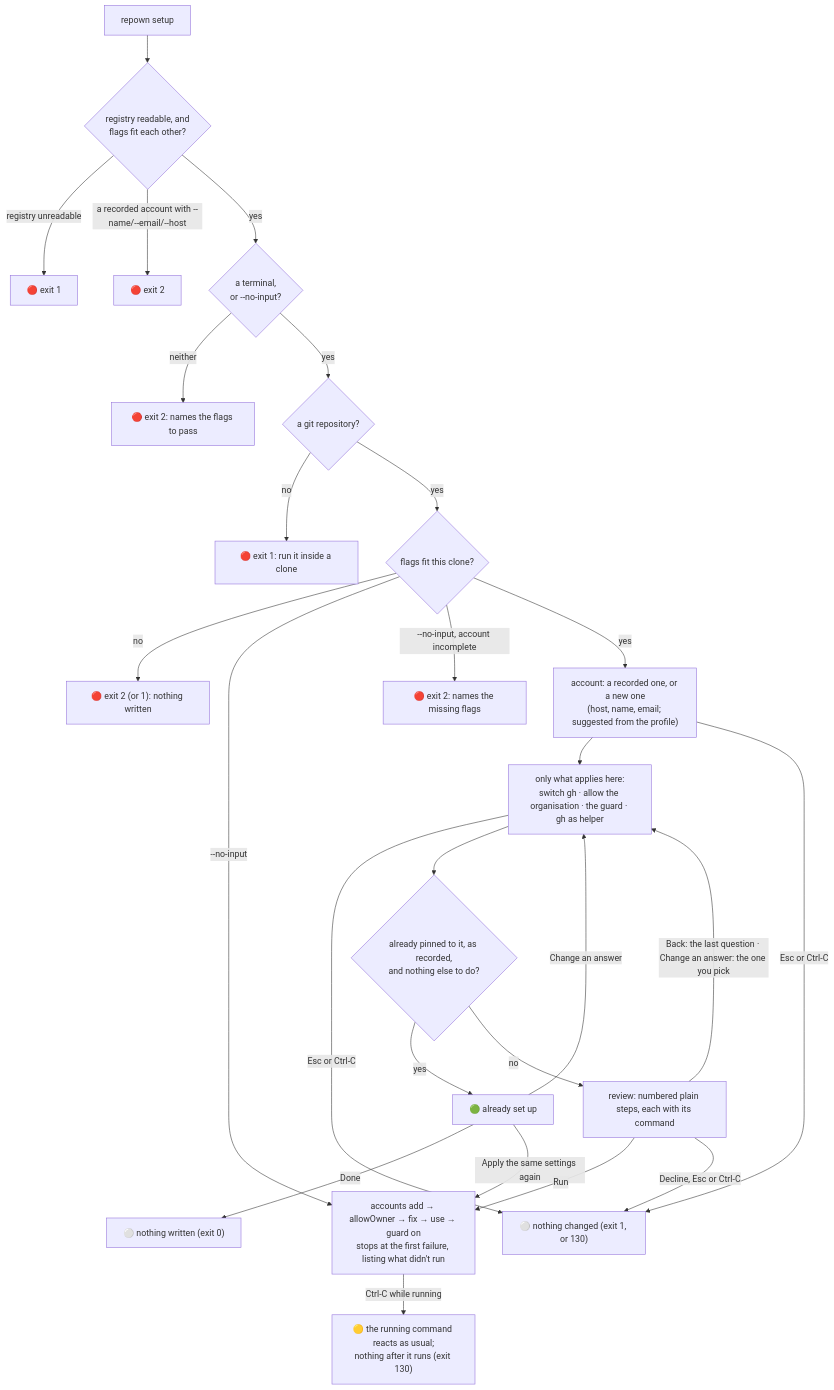
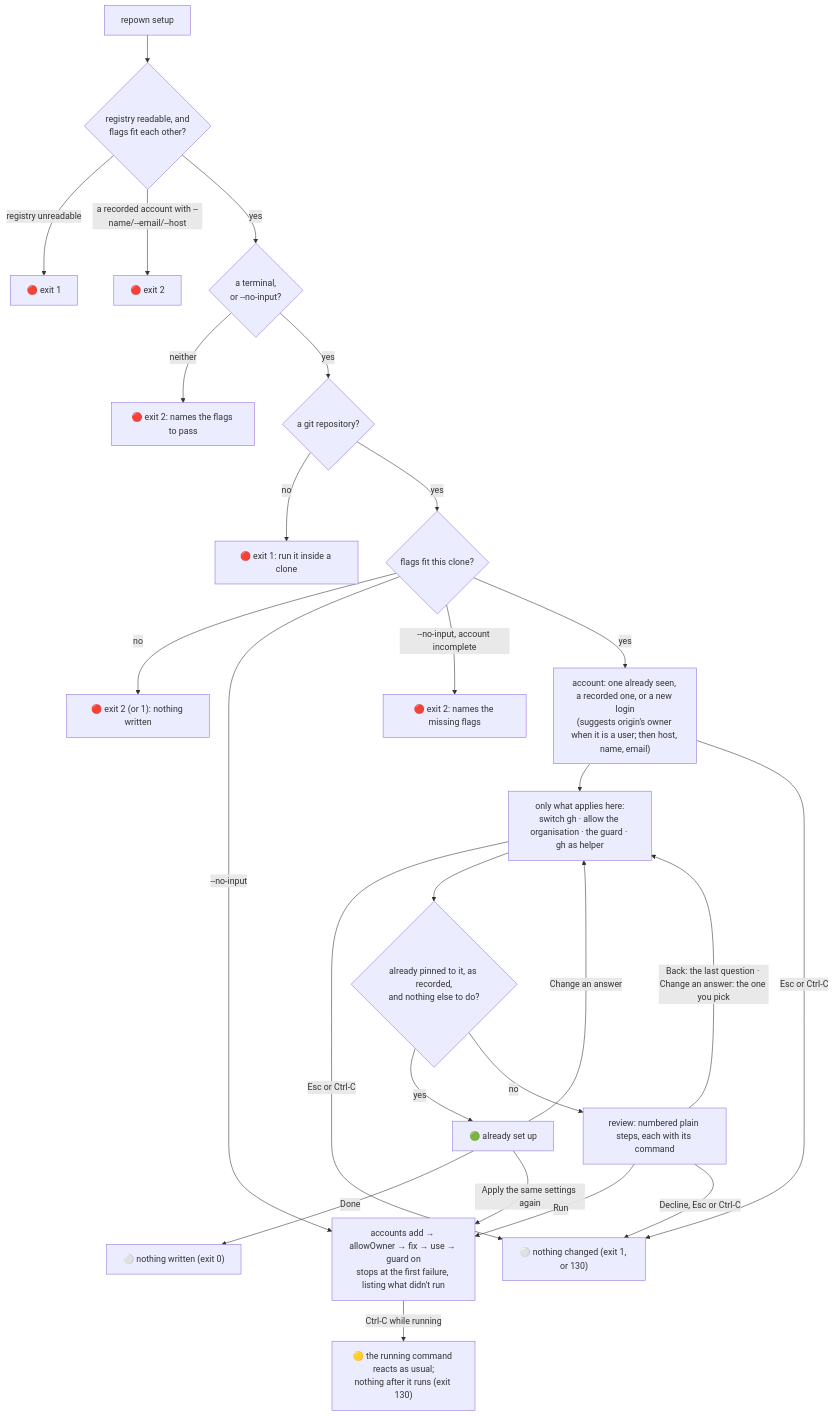
One commit to makubexD/repown changed the ninth of 9 diagrams in docs/HOW-IT-WORKS.md. Above: the diagram before and after it, drawn with Mermaid. The commit also changed other lines of this file and 5 other files, not shown here.

````diff
--- a/docs/HOW-IT-WORKS.md
+++ b/docs/HOW-IT-WORKS.md
@@ -488,28 +488,28 @@
 ```mermaid
 flowchart TD
   S[repown setup] --> G{"registry readable, and<br/>flags fit each other?"}
   G -->|registry unreadable| X0["🔴 exit 1"]
   G -->|a recorded account with --name/--email/--host| X4["🔴 exit 2"]
   G -->|yes| T{"a terminal,<br/>or --no-input?"}
   T -->|neither| X2["🔴 exit 2: names the flags to pass"]
   T -->|yes| R{"a git repository?"}
   R -->|no| X1["🔴 exit 1: run it inside a clone"]
   R -->|yes| F{"flags fit this clone?"}
   F -->|no| X3["🔴 exit 2 (or 1): nothing written"]
   F -->|--no-input| C
   F -->|--no-input, account incomplete| X5["🔴 exit 2: names the missing flags"]
-  F -->|yes| A["account: a recorded one, or a new one<br/>(host, name, email; suggested from the profile)"]
+  F -->|yes| A["account: one already seen, a recorded one, or a new login<br/>(suggests origin's owner when it is a user; then host, name, email)"]
   A --> Q["only what applies here:<br/>switch gh · allow the organisation · the guard · gh as helper"]
   A -->|Esc or Ctrl-C| N
   Q -->|Esc or Ctrl-C| N
   Q --> K{"already pinned to it, as recorded,<br/>and nothing else to do?"}
   K -->|yes| D["🟢 already set up"]
   D -->|Done| DN["⚪ nothing written (exit 0)"]
   D -->|Apply the same settings again| C
   D -->|Change an answer| Q
   K -->|no| V["review: numbered plain steps, each with its command"]
   V -->|Run| C["accounts add → allowOwner → fix → use → guard on<br/>stops at the first failure, listing what didn't run"]
   V -->|"Back: the last question · Change an answer: the one you pick"| Q
   V -->|Decline, Esc or Ctrl-C| N["⚪ nothing changed (exit 1, or 130)"]
   C -->|Ctrl-C while running| I["🟡 the running command reacts as usual;<br/>nothing after it runs (exit 130)"]
 ```
````
